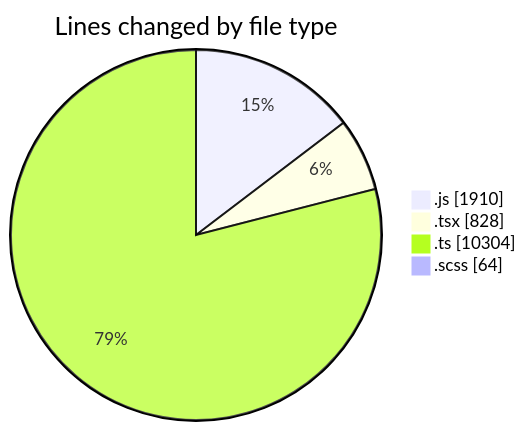
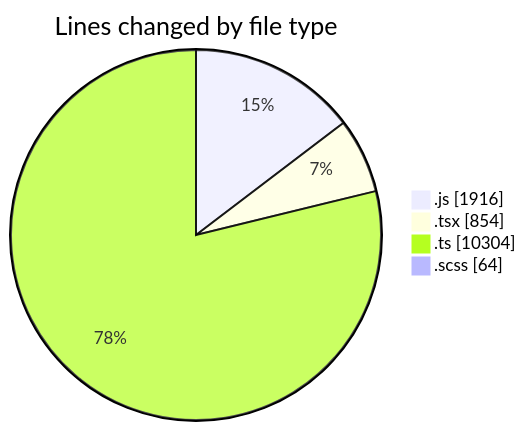
Before and after one commit to momahboobian/code-tracking: the first of 2 diagrams in 2025-03-13/cda/README.md, drawn with Mermaid. The commit also changed other lines of this file and 1 other file, not shown here.

````diff
--- a/2025-03-13/cda/README.md
+++ b/2025-03-13/cda/README.md
@@ -33,8 +33,8 @@
 ```mermaid
 pie showData
 title Lines changed by file type
-".js" : 1910
-".tsx" : 828
+".js" : 1916
+".tsx" : 854
 ".ts" : 10304
 ".scss" : 64
 ```
````
